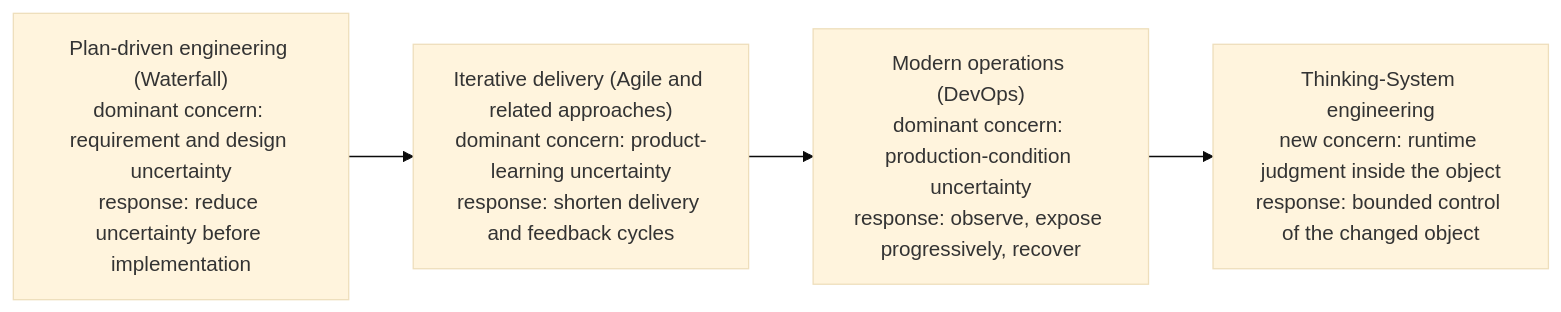
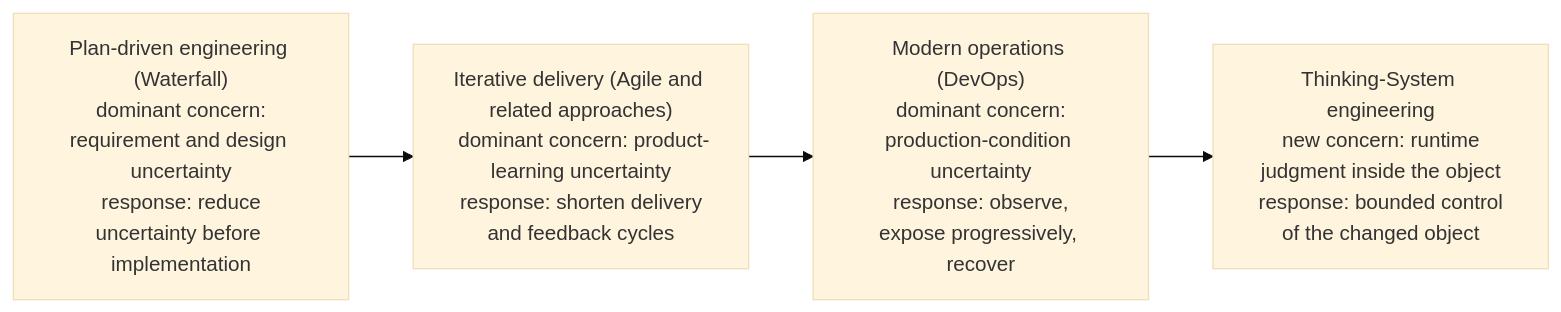
One commit to UncertaintyArchitectureGroup/uncertainty-architecture changed the first of 14 diagrams in content/research/notes/open-engineering-specification-article-draft.md. Above: the diagram before and after it, drawn with Mermaid (base theme). The commit also changed other lines of this file, not shown here.

Commit message:
fix(research): stabilize Mermaid rendering

````diff
--- a/content/research/notes/open-engineering-specification-article-draft.md
+++ b/content/research/notes/open-engineering-specification-article-draft.md
@@ -68,9 +68,9 @@
 ```mermaid
 flowchart LR
-    W["Plan-driven engineering (Waterfall)<br/>dominant concern: requirement and design uncertainty<br/>response: reduce uncertainty before implementation"]
-    A["Iterative delivery (Agile and related approaches)<br/>dominant concern: product-learning uncertainty<br/>response: shorten delivery and feedback cycles"]
-    D["Modern operations (DevOps)<br/>dominant concern: production-condition uncertainty<br/>response: observe, expose progressively, recover"]
-    T["Thinking-System engineering<br/>new concern: runtime judgment inside the object<br/>response: bounded control of the changed object"]
+    W["Plan-driven engineering (Waterfall)<br/> dominant concern: requirement and design uncertainty<br/> response: reduce uncertainty before implementation"]
+    A["Iterative delivery (Agile and related approaches)<br/> dominant concern: product-learning uncertainty<br/> response: shorten delivery and feedback cycles"]
+    D["Modern operations (DevOps)<br/> dominant concern: production-condition uncertainty<br/> response: observe, expose progressively, recover"]
+    T["Thinking-System engineering<br/> new concern: runtime judgment inside the object<br/> response: bounded control of the changed object"]
 
     W --> A --> D --> T
 ```
````
